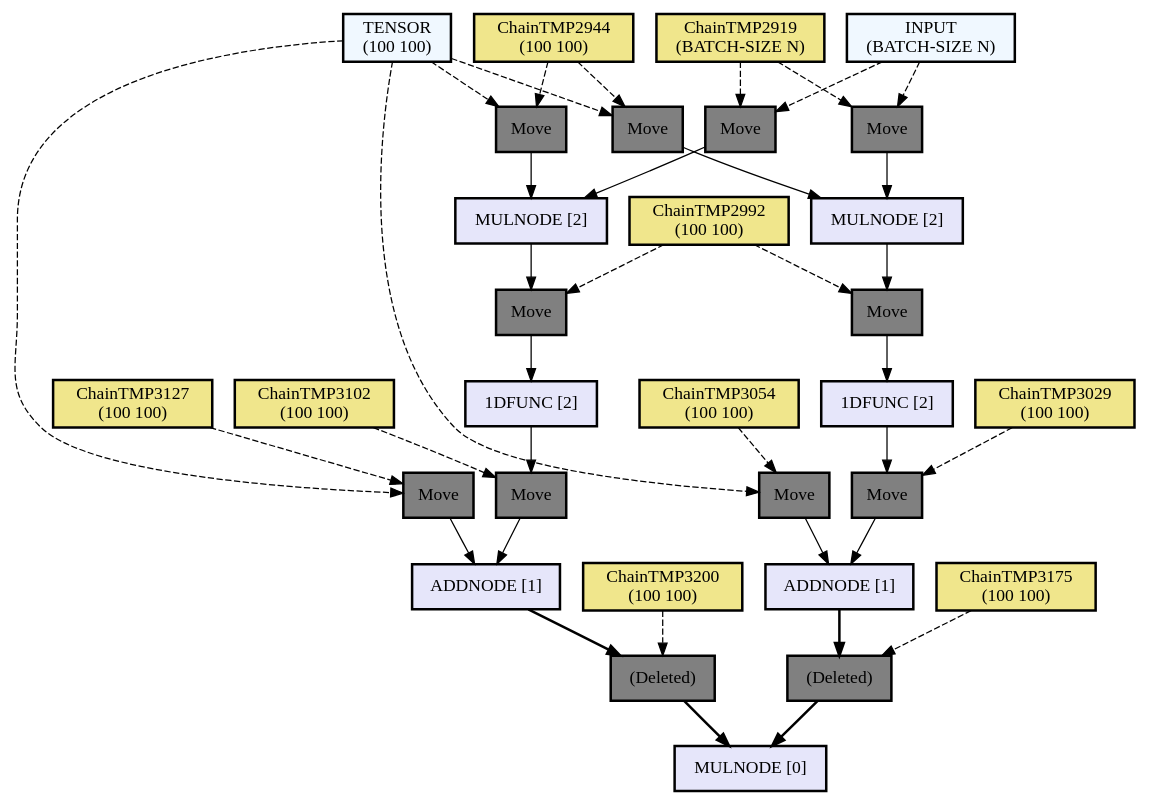
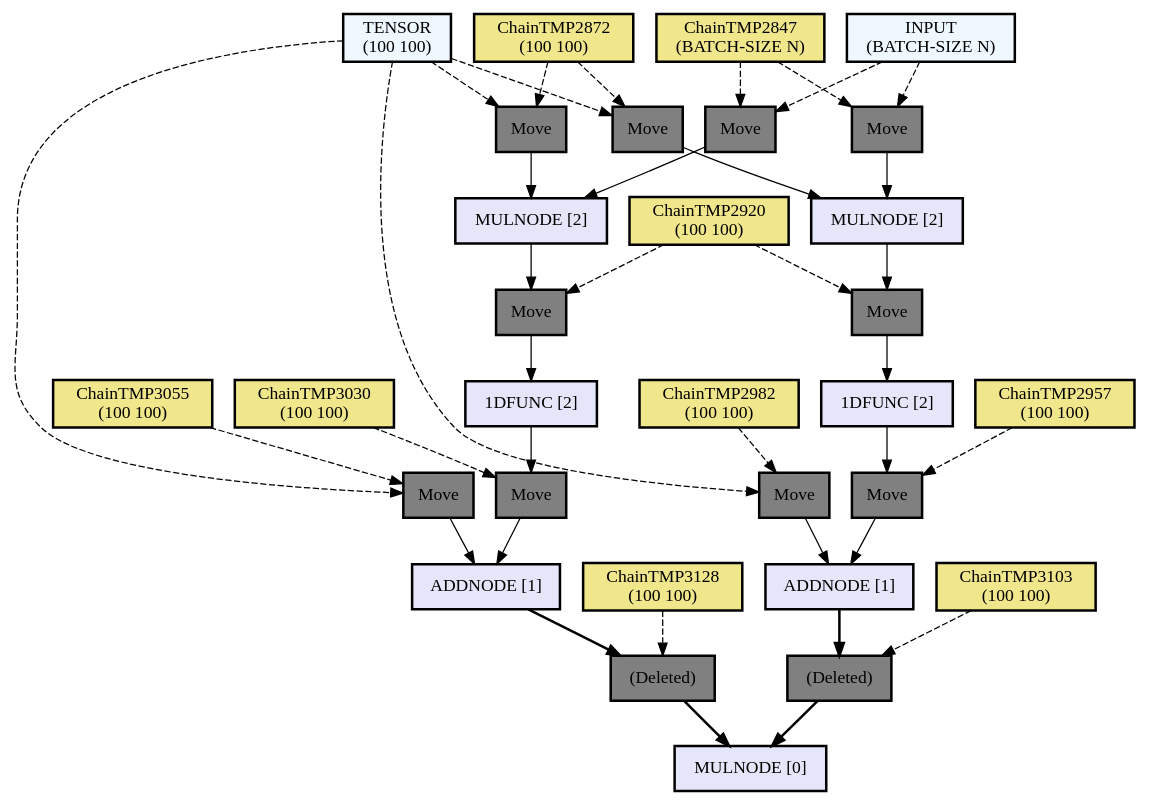
One commit to hikettei/cl-waffe2 changed the diagram in assets/out2.dot. Above: the diagram before and after it, drawn with Graphviz. The commit also changed 3 other files, not shown here.

```diff
--- a/assets/out2.dot
+++ b/assets/out2.dot
@@ -1,94 +1,94 @@
 digraph computation_node {
   node[shape="box" style="filled" color="black" penwidth="2"];
   TENSOR [label = "TENSOR
 (100 100)" fillcolor="#f0f8ff" style="filled, solid"];
-  ChainTMP3127 [label = "ChainTMP3127
+  ChainTMP3055 [label = "ChainTMP3055
 (100 100)" fillcolor="#f0e68c" style="filled, solid"];
-  NODE3419 [label = "Move" fillcolor="gray" style="filled, solid"];
+  NODE3347 [label = "Move" fillcolor="gray" style="filled, solid"];
   TENSOR [label = "TENSOR
 (100 100)" fillcolor="#f0f8ff" style="filled, solid"];
-  ChainTMP2944 [label = "ChainTMP2944
+  ChainTMP2872 [label = "ChainTMP2872
 (100 100)" fillcolor="#f0e68c" style="filled, solid"];
-  NODE3416 [label = "Move" fillcolor="gray" style="filled, solid"];
+  NODE3344 [label = "Move" fillcolor="gray" style="filled, solid"];
   INPUT [label = "INPUT
 (BATCH-SIZE N)" fillcolor="#f0f8ff" style="filled, solid"];
-  ChainTMP2919 [label = "ChainTMP2919
+  ChainTMP2847 [label = "ChainTMP2847
 (BATCH-SIZE N)" fillcolor="#f0e68c" style="filled, solid"];
-  NODE3413 [label = "Move" fillcolor="gray" style="filled, solid"];
-  NODE3412 [label = "MULNODE [2]" fillcolor="#e6e6fa" style="filled, solid"];
-  ChainTMP2992 [label = "ChainTMP2992
+  NODE3341 [label = "Move" fillcolor="gray" style="filled, solid"];
+  NODE3340 [label = "MULNODE [2]" fillcolor="#e6e6fa" style="filled, solid"];
+  ChainTMP2920 [label = "ChainTMP2920
 (100 100)" fillcolor="#f0e68c" style="filled, solid"];
-  NODE3410 [label = "Move" fillcolor="gray" style="filled, solid"];
-  NODE3409 [label = "1DFUNC [2]" fillcolor="#e6e6fa" style="filled, solid"];
-  ChainTMP3102 [label = "ChainTMP3102
+  NODE3338 [label = "Move" fillcolor="gray" style="filled, solid"];
+  NODE3337 [label = "1DFUNC [2]" fillcolor="#e6e6fa" style="filled, solid"];
+  ChainTMP3030 [label = "ChainTMP3030
 (100 100)" fillcolor="#f0e68c" style="filled, solid"];
-  NODE3407 [label = "Move" fillcolor="gray" style="filled, solid"];
-  NODE3406 [label = "ADDNODE [1]" fillcolor="#e6e6fa" style="filled, solid"];
-  ChainTMP3200 [label = "ChainTMP3200
+  NODE3335 [label = "Move" fillcolor="gray" style="filled, solid"];
+  NODE3334 [label = "ADDNODE [1]" fillcolor="#e6e6fa" style="filled, solid"];
+  ChainTMP3128 [label = "ChainTMP3128
 (100 100)" fillcolor="#f0e68c" style="filled, solid"];
-  NODE3404 [label = "(Deleted)" fillcolor="gray" style="filled, solid"];
+  NODE3332 [label = "(Deleted)" fillcolor="gray" style="filled, solid"];
   TENSOR [label = "TENSOR
 (100 100)" fillcolor="#f0f8ff" style="filled, solid"];
-  ChainTMP3054 [label = "ChainTMP3054
+  ChainTMP2982 [label = "ChainTMP2982
 (100 100)" fillcolor="#f0e68c" style="filled, solid"];
-  NODE3401 [label = "Move" fillcolor="gray" style="filled, solid"];
+  NODE3329 [label = "Move" fillcolor="gray" style="filled, solid"];
   TENSOR [label = "TENSOR
 (100 100)" fillcolor="#f0f8ff" style="filled, solid"];
-  ChainTMP2944 [label = "ChainTMP2944
+  ChainTMP2872 [label = "ChainTMP2872
 (100 100)" fillcolor="#f0e68c" style="filled, solid"];
-  NODE3398 [label = "Move" fillcolor="gray" style="filled, solid"];
+  NODE3326 [label = "Move" fillcolor="gray" style="filled, solid"];
   INPUT [label = "INPUT
 (BATCH-SIZE N)" fillcolor="#f0f8ff" style="filled, solid"];
-  ChainTMP2919 [label = "ChainTMP2919
+  ChainTMP2847 [label = "ChainTMP2847
 (BATCH-SIZE N)" fillcolor="#f0e68c" style="filled, solid"];
-  NODE3395 [label = "Move" fillcolor="gray" style="filled, solid"];
-  NODE3394 [label = "MULNODE [2]" fillcolor="#e6e6fa" style="filled, solid"];
-  ChainTMP2992 [label = "ChainTMP2992
+  NODE3323 [label = "Move" fillcolor="gray" style="filled, solid"];
+  NODE3322 [label = "MULNODE [2]" fillcolor="#e6e6fa" style="filled, solid"];
+  ChainTMP2920 [label = "ChainTMP2920
 (100 100)" fillcolor="#f0e68c" style="filled, solid"];
-  NODE3392 [label = "Move" fillcolor="gray" style="filled, solid"];
-  NODE3391 [label = "1DFUNC [2]" fillcolor="#e6e6fa" style="filled, solid"];
-  ChainTMP3029 [label = "ChainTMP3029
+  NODE3320 [label = "Move" fillcolor="gray" style="filled, solid"];
+  NODE3319 [label = "1DFUNC [2]" fillcolor="#e6e6fa" style="filled, solid"];
+  ChainTMP2957 [label = "ChainTMP2957
 (100 100)" fillcolor="#f0e68c" style="filled, solid"];
-  NODE3389 [label = "Move" fillcolor="gray" style="filled, solid"];
-  NODE3388 [label = "ADDNODE [1]" fillcolor="#e6e6fa" style="filled, solid"];
-  ChainTMP3175 [label = "ChainTMP3175
+  NODE3317 [label = "Move" fillcolor="gray" style="filled, solid"];
+  NODE3316 [label = "ADDNODE [1]" fillcolor="#e6e6fa" style="filled, solid"];
+  ChainTMP3103 [label = "ChainTMP3103
 (100 100)" fillcolor="#f0e68c" style="filled, solid"];
-  NODE3386 [label = "(Deleted)" fillcolor="gray" style="filled, solid"];
-  NODE3385 [label = "MULNODE [0]" fillcolor="#e6e6fa" style="filled, solid"];
-  NODE3386 -> NODE3385[penwidth="2"];
-  ChainTMP3175 -> NODE3386[style="dashed"];
-  NODE3388 -> NODE3386[penwidth="2"];
-  NODE3389 -> NODE3388[weight=10];
-  ChainTMP3029 -> NODE3389[style="dashed"];
-  NODE3391 -> NODE3389[weight=10];
-  NODE3392 -> NODE3391[weight=10];
-  ChainTMP2992 -> NODE3392[style="dashed"];
-  NODE3394 -> NODE3392[weight=10];
-  NODE3395 -> NODE3394[weight=10];
-  ChainTMP2919 -> NODE3395[style="dashed"];
-  INPUT -> NODE3395[style="dashed"];
-  NODE3398 -> NODE3394[weight=10];
-  ChainTMP2944 -> NODE3398[style="dashed"];
-  TENSOR -> NODE3398[style="dashed"];
-  NODE3401 -> NODE3388[weight=10];
-  ChainTMP3054 -> NODE3401[style="dashed"];
-  TENSOR -> NODE3401[style="dashed"];
-  NODE3404 -> NODE3385[penwidth="2"];
-  ChainTMP3200 -> NODE3404[style="dashed"];
-  NODE3406 -> NODE3404[penwidth="2"];
-  NODE3407 -> NODE3406[weight=10];
-  ChainTMP3102 -> NODE3407[style="dashed"];
-  NODE3409 -> NODE3407[weight=10];
-  NODE3410 -> NODE3409[weight=10];
-  ChainTMP2992 -> NODE3410[style="dashed"];
-  NODE3412 -> NODE3410[weight=10];
-  NODE3413 -> NODE3412[weight=10];
-  ChainTMP2919 -> NODE3413[style="dashed"];
-  INPUT -> NODE3413[style="dashed"];
-  NODE3416 -> NODE3412[weight=10];
-  ChainTMP2944 -> NODE3416[style="dashed"];
-  TENSOR -> NODE3416[style="dashed"];
-  NODE3419 -> NODE3406[weight=10];
-  ChainTMP3127 -> NODE3419[style="dashed"];
-  TENSOR -> NODE3419[style="dashed"];
+  NODE3314 [label = "(Deleted)" fillcolor="gray" style="filled, solid"];
+  NODE3313 [label = "MULNODE [0]" fillcolor="#e6e6fa" style="filled, solid"];
+  NODE3314 -> NODE3313[penwidth="2"];
+  ChainTMP3103 -> NODE3314[style="dashed"];
+  NODE3316 -> NODE3314[penwidth="2"];
+  NODE3317 -> NODE3316[weight=10];
+  ChainTMP2957 -> NODE3317[style="dashed"];
+  NODE3319 -> NODE3317[weight=10];
+  NODE3320 -> NODE3319[weight=10];
+  ChainTMP2920 -> NODE3320[style="dashed"];
+  NODE3322 -> NODE3320[weight=10];
+  NODE3323 -> NODE3322[weight=10];
+  ChainTMP2847 -> NODE3323[style="dashed"];
+  INPUT -> NODE3323[style="dashed"];
+  NODE3326 -> NODE3322[weight=10];
+  ChainTMP2872 -> NODE3326[style="dashed"];
+  TENSOR -> NODE3326[style="dashed"];
+  NODE3329 -> NODE3316[weight=10];
+  ChainTMP2982 -> NODE3329[style="dashed"];
+  TENSOR -> NODE3329[style="dashed"];
+  NODE3332 -> NODE3313[penwidth="2"];
+  ChainTMP3128 -> NODE3332[style="dashed"];
+  NODE3334 -> NODE3332[penwidth="2"];
+  NODE3335 -> NODE3334[weight=10];
+  ChainTMP3030 -> NODE3335[style="dashed"];
+  NODE3337 -> NODE3335[weight=10];
+  NODE3338 -> NODE3337[weight=10];
+  ChainTMP2920 -> NODE3338[style="dashed"];
+  NODE3340 -> NODE3338[weight=10];
+  NODE3341 -> NODE3340[weight=10];
+  ChainTMP2847 -> NODE3341[style="dashed"];
+  INPUT -> NODE3341[style="dashed"];
+  NODE3344 -> NODE3340[weight=10];
+  ChainTMP2872 -> NODE3344[style="dashed"];
+  TENSOR -> NODE3344[style="dashed"];
+  NODE3347 -> NODE3334[weight=10];
+  ChainTMP3055 -> NODE3347[style="dashed"];
+  TENSOR -> NODE3347[style="dashed"];
 }
```
